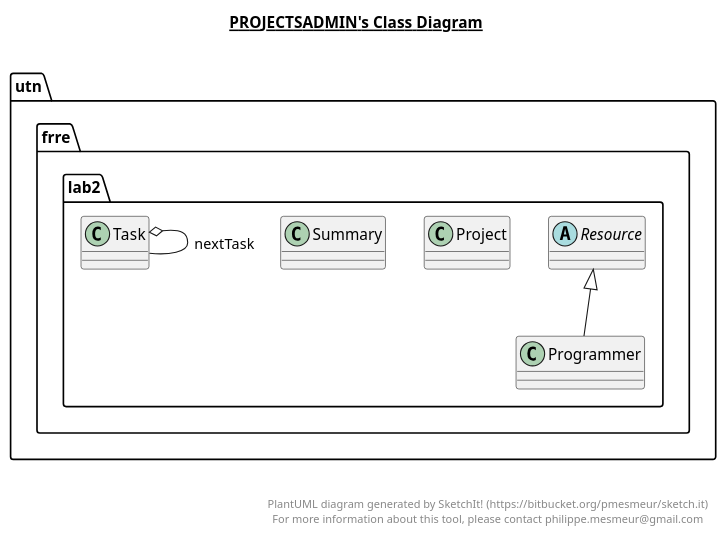
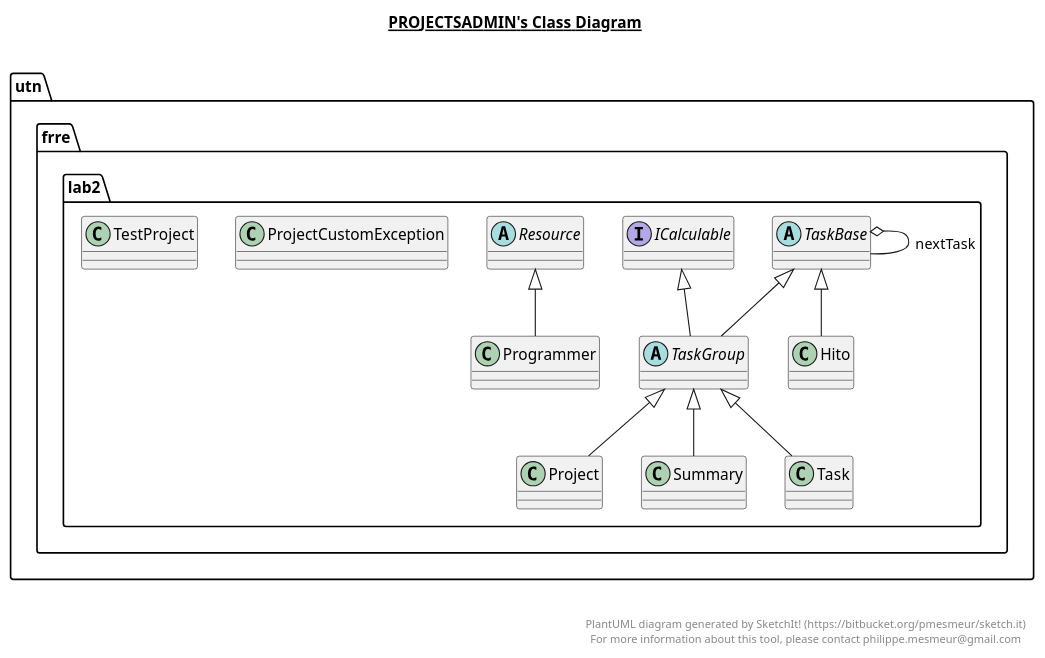
The diagram in ProjectsAdmin/ProjectsAdmin.plantuml (Leitee/Java-Exercies), drawn with PlantUML before and after one commit. The commit also changed 9 other files, not shown here.

```diff
--- a/ProjectsAdmin/ProjectsAdmin.plantuml
+++ b/ProjectsAdmin/ProjectsAdmin.plantuml
@@ -1,46 +1,88 @@
 @startuml
 
 title __PROJECTSADMIN's Class Diagram__\n
+
+  package utn.frre.lab2 {
+    class Hito {
+    }
+  }
+  
+
+  package utn.frre.lab2 {
+    interface ICalculable {
+    }
+  }
+  
 
   package utn.frre.lab2 {
     class Programmer {
     }
   }
   
 
   package utn.frre.lab2 {
     class Project {
+    }
+  }
+  
+
+  package utn.frre.lab2 {
+    class ProjectCustomException {
     }
   }
   
 
   package utn.frre.lab2 {
     abstract class Resource {
     }
   }
   
 
   package utn.frre.lab2 {
     class Summary {
     }
   }
   
 
   package utn.frre.lab2 {
     class Task {
     }
   }
   
 
+  package utn.frre.lab2 {
+    abstract class TaskBase {
+    }
+  }
+  
+
+  package utn.frre.lab2 {
+    abstract class TaskGroup {
+    }
+  }
+  
+
+  package utn.frre.lab2 {
+    class TestProject {
+    }
+  }
+  
+
+  Hito -up-|> TaskBase
   Programmer -up-|> Resource
-  Task o-- Task : nextTask
+  Project -up-|> TaskGroup
+  Summary -up-|> TaskGroup
+  Task -up-|> TaskGroup
+  TaskBase o-- TaskBase : nextTask
+  TaskGroup -up-|> ICalculable
+  TaskGroup -up-|> TaskBase
 
 
 right footer
 
 
 PlantUML diagram generated by SketchIt! (https://bitbucket.org/pmesmeur/sketch.it)
 For more information about this tool, please contact philippe.mesmeur@gmail.com
 endfooter
 
 @enduml
```
